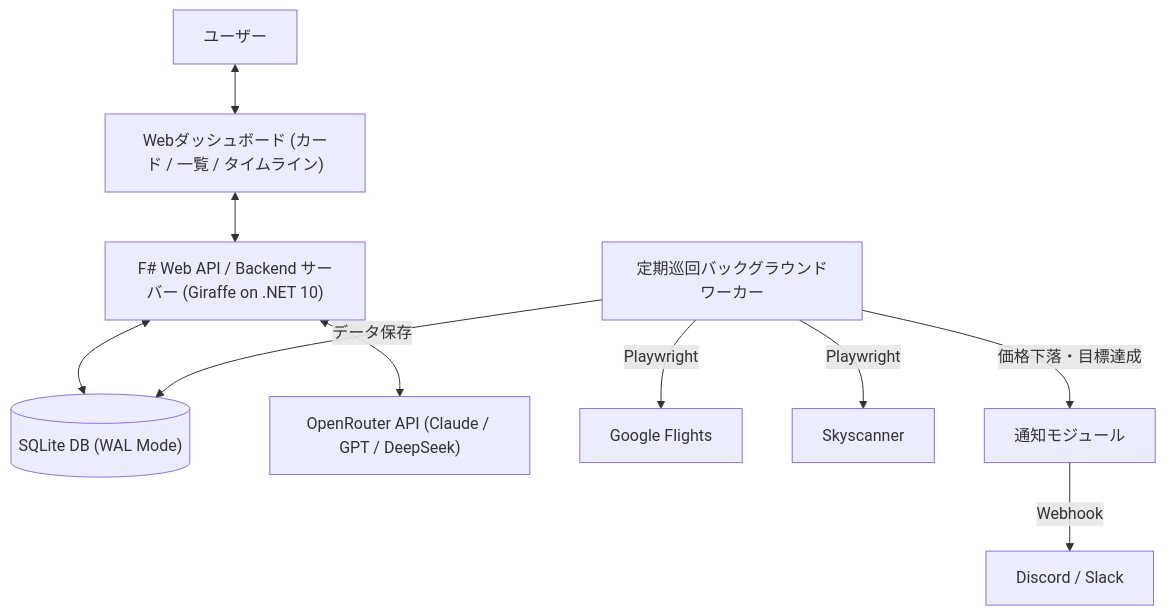
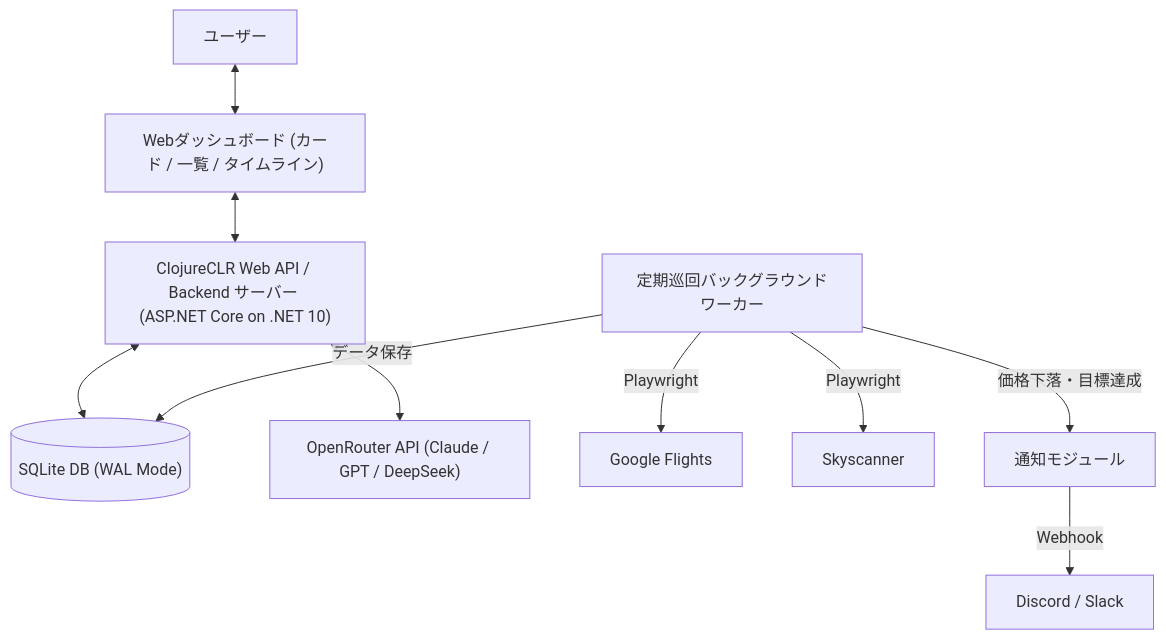
The diagram in doc/spec.md (TakefumiSugeno/FlightTrackerAI-ClojureCLR-), drawn with Mermaid before and after one commit. The commit also changed other lines of this file and 6 other files, not shown here.

Commit message:
docs: update spec, design detail, mock, and agents for ClojureCLR

````diff
--- a/doc/spec.md
+++ b/doc/spec.md
@@ -15,14 +15,14 @@
 ```mermaid
 flowchart TD
     User["ユーザー"] <--> WebUI["Webダッシュボード (カード / 一覧 / タイムライン)"]
-    WebUI <--> Server["F# Web API / Backend サーバー (Giraffe on .NET 10)"]
+    WebUI <--> Server["ClojureCLR Web API / Backend サーバー (ASP.NET Core on .NET 10)"]
 
     Server <--> DB[("SQLite DB (WAL Mode)")]
     Server <--> LLM["OpenRouter API (Claude / GPT / DeepSeek)"]
 
     Worker["定期巡回バックグラウンドワーカー"] -->|Playwright| GF["Google Flights"]
     Worker -->|Playwright| SS["Skyscanner"]
     Worker -->|データ保存| DB
     Worker -->|価格下落・目標達成| Notifier["通知モジュール"]
     Notifier -->|Webhook| Webhook["Discord / Slack"]
 ```
````
